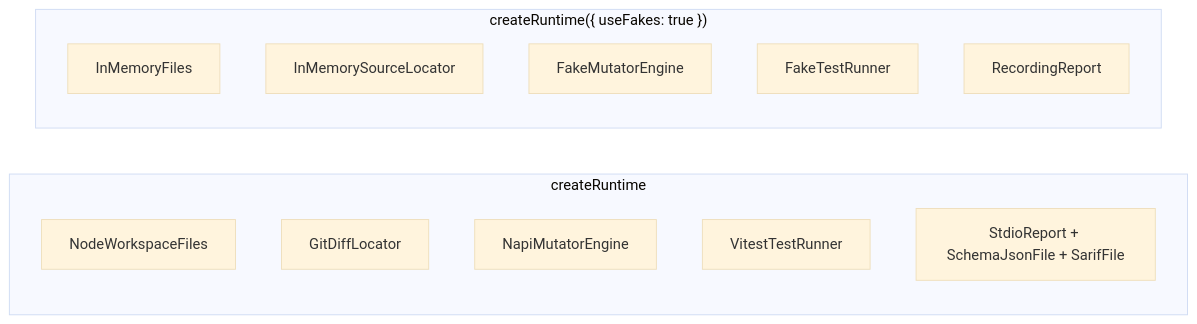
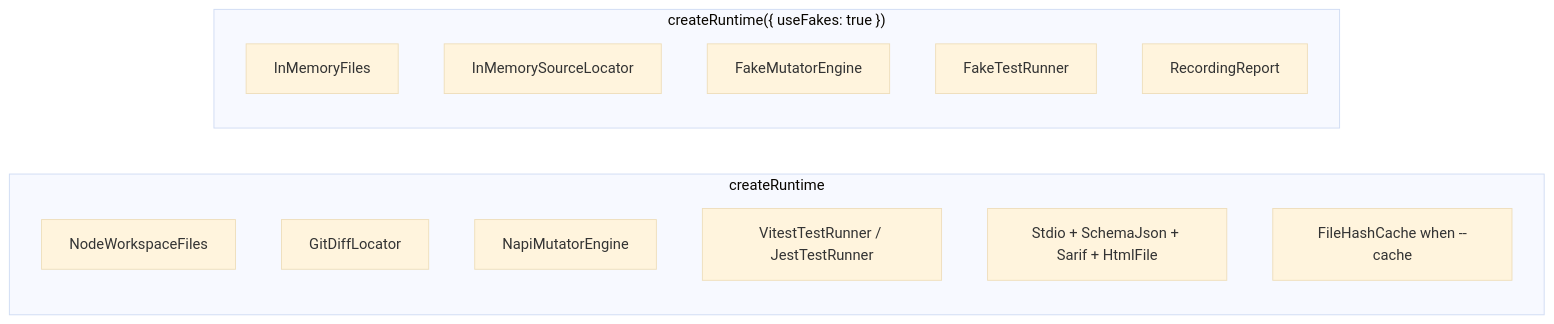
One commit to RexySaragih/puca changed the third of 9 diagrams in ARCHITECTURE.md. Above: the diagram before and after it, drawn with Mermaid (base theme). The commit also changed other lines of this file and 48 other files, not shown here.

````diff
--- a/ARCHITECTURE.md
+++ b/ARCHITECTURE.md
@@ -44,17 +47,18 @@
 ```mermaid
 flowchart LR
   subgraph prod [createRuntime]
     P1[NodeWorkspaceFiles]
     P2[GitDiffLocator]
     P3[NapiMutatorEngine]
-    P4[VitestTestRunner]
-    P5[StdioReport + SchemaJsonFile + SarifFile]
+    P4[VitestTestRunner / JestTestRunner]
+    P5[Stdio + SchemaJson + Sarif + HtmlFile]
+    P6[FileHashCache when --cache]
   end
   subgraph fakes ["createRuntime({ useFakes: true })"]
     F1[InMemoryFiles]
     F2[InMemorySourceLocator]
     F3[FakeMutatorEngine]
     F4[FakeTestRunner]
     F5[RecordingReport]
   end
 ```
````
